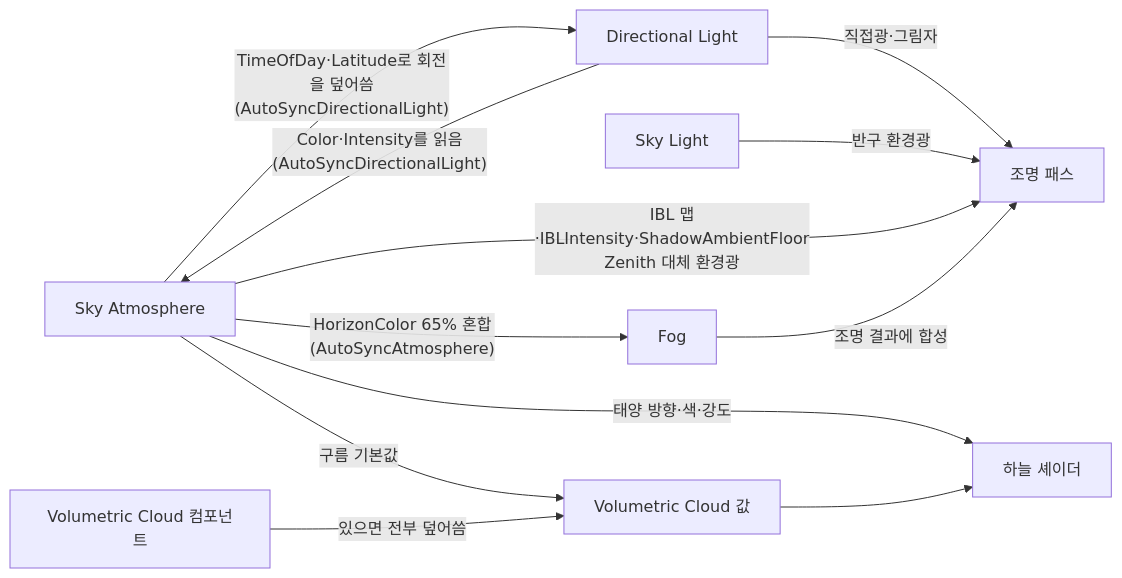
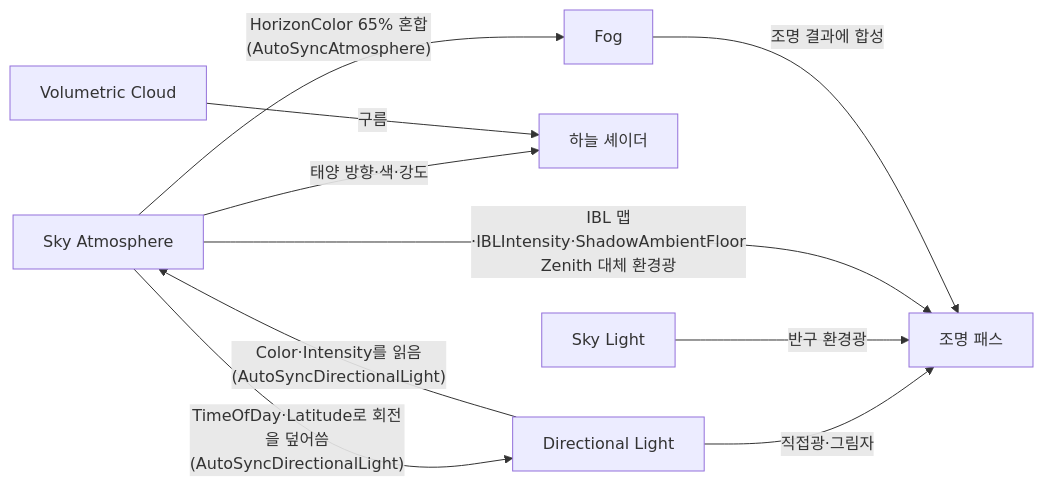
The diagram in Docs/EnvironmentLightingReference.md (Bamtoliya/BamEngine), drawn with Mermaid before and after one commit. The commit also changed other lines of this file and 8 other files, not shown here.

First line of the commit message:
refactor(render): configure clouds only on Volumetric Cloud

````diff
--- a/Docs/EnvironmentLightingReference.md
+++ b/Docs/EnvironmentLightingReference.md
@@ -10,14 +10,12 @@
 ```mermaid
 flowchart LR
     SA[Sky Atmosphere] -- "TimeOfDay·Latitude로 회전을 덮어씀<br/>(AutoSyncDirectionalLight)" --> DL[Directional Light]
     DL -- "Color·Intensity를 읽음<br/>(AutoSyncDirectionalLight)" --> SA
     SA -- "태양 방향·색·강도" --> SKY[하늘 셰이더]
-    SA -- "구름 기본값" --> VC[Volumetric Cloud 값]
-    VCC[Volumetric Cloud 컴포넌트] -- "있으면 전부 덮어씀" --> VC
-    VC --> SKY
+    VC[Volumetric Cloud] -- "구름" --> SKY
     SA -- "HorizonColor 65% 혼합<br/>(AutoSyncAtmosphere)" --> FOG[Fog]
     DL -- "직접광·그림자" --> LP[조명 패스]
     SL[Sky Light] -- "반구 환경광" --> LP
     SA -- "IBL 맵·IBLIntensity·ShadowAmbientFloor<br/>Zenith 대체 환경광" --> LP
     FOG -- "조명 결과에 합성" --> LP
 ```
````
